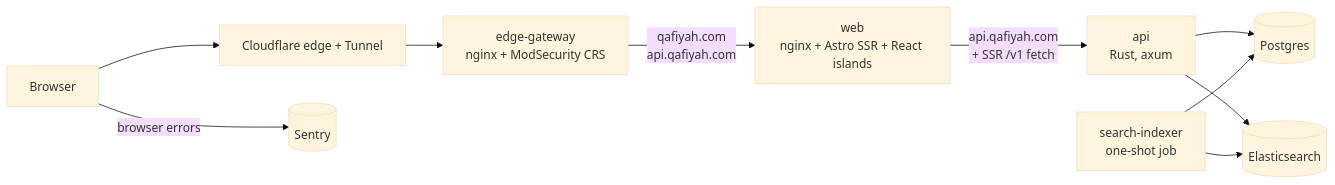
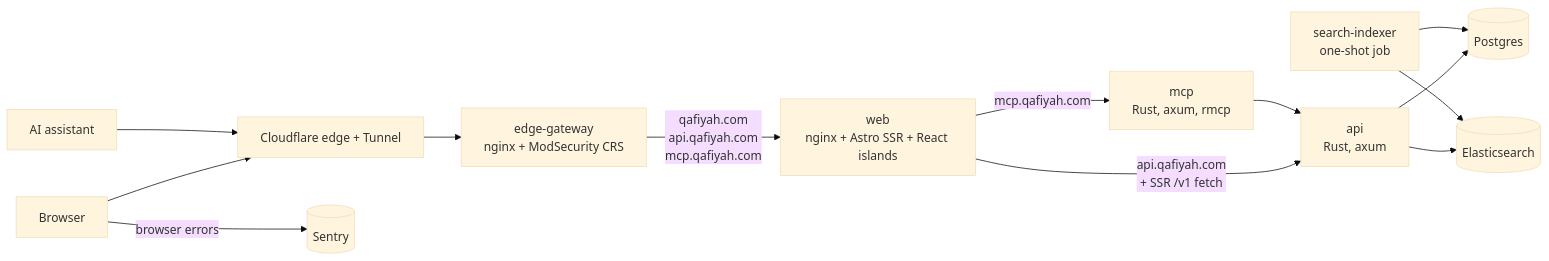
Before and after one commit to raaqimorg/qafiyah: the diagram in README.md, drawn with Mermaid (base theme). The commit also changed other lines of this file and 7 other files, not shown here.

Commit message:
docs: describe the MCP server in the README and the API, web, and deployment docs, and bring the READMEs up to date

````diff
--- a/README.md
+++ b/README.md
@@ -84,12 +96,15 @@
 ```mermaid
 flowchart LR
     browser["Browser"] --> cf["Cloudflare edge + Tunnel"]
+    assistant["AI assistant"] --> cf
     cf --> edge["edge-gateway<br/>nginx + ModSecurity CRS"]
-    edge -->|"qafiyah.com<br/>api.qafiyah.com"| web["web<br/>nginx + Astro SSR + React islands"]
+    edge -->|"qafiyah.com<br/>api.qafiyah.com<br/>mcp.qafiyah.com"| web["web<br/>nginx + Astro SSR + React islands"]
     web -->|"api.qafiyah.com<br/>+ SSR /v1 fetch"| api["api<br/>Rust, axum"]
+    web -->|"mcp.qafiyah.com"| mcp["mcp<br/>Rust, axum, rmcp"]
+    mcp --> api
     api --> db[("Postgres")]
     api --> es[("Elasticsearch")]
     indexer["search-indexer<br/>one-shot job"] --> db
     indexer --> es
     browser -->|"browser errors"| sentry[("Sentry")]
 ```
````
